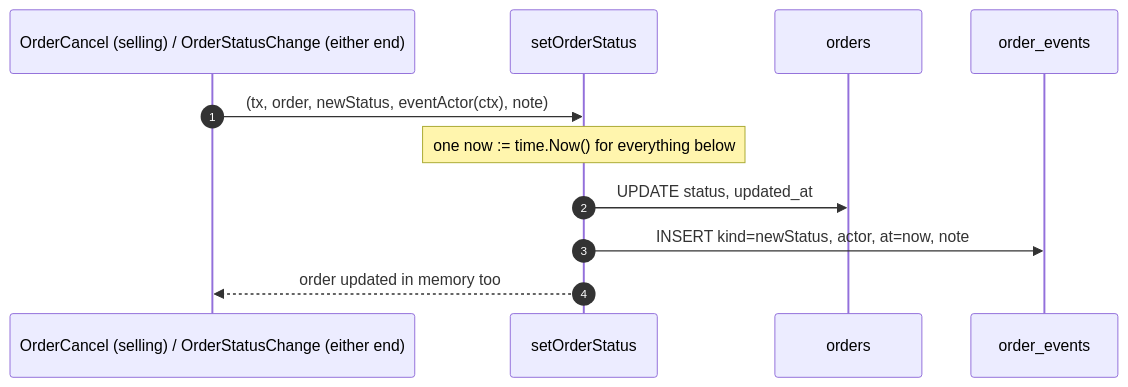
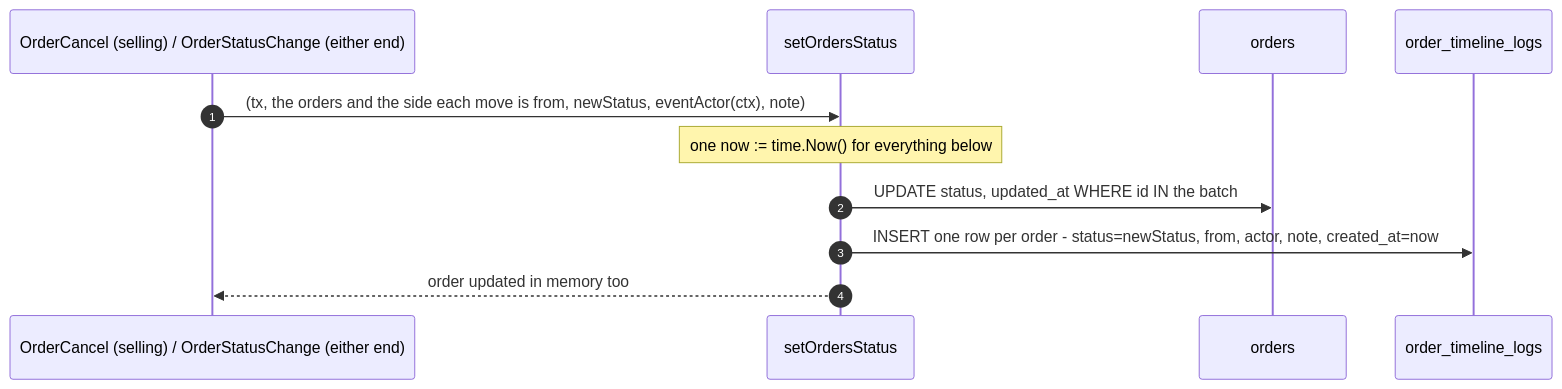
One commit to pdcgo/warehouse_revamp changed the third of 12 diagrams in docs/services/selling_service/rpc.md. Above: the diagram before and after it, drawn with Mermaid. The commit also changed other lines of this file and 74 other files, not shown here.

First line of the commit message:
feat(order): timeline logs, list filters, the row's shop and units, export

````diff
--- a/docs/services/selling_service/rpc.md
+++ b/docs/services/selling_service/rpc.md
@@ -101,14 +103,14 @@
 ```mermaid
 sequenceDiagram
     autonumber
     participant H as OrderCancel (selling) / OrderStatusChange (either end)
-    participant S as setOrderStatus
+    participant S as setOrdersStatus
     participant O as orders
-    participant E as order_events
+    participant E as order_timeline_logs
 
-    H->>S: (tx, order, newStatus, eventActor(ctx), note)
+    H->>S: (tx, the orders and the side each move is from, newStatus, eventActor(ctx), note)
     Note over S: one now := time.Now() for everything below
-    S->>O: UPDATE status, updated_at
-    S->>E: INSERT kind=newStatus, actor, at=now, note
+    S->>O: UPDATE status, updated_at WHERE id IN the batch
+    S->>E: INSERT one row per order - status=newStatus, from, actor, note, created_at=now
     S-->>H: order updated in memory too
 ```
````
